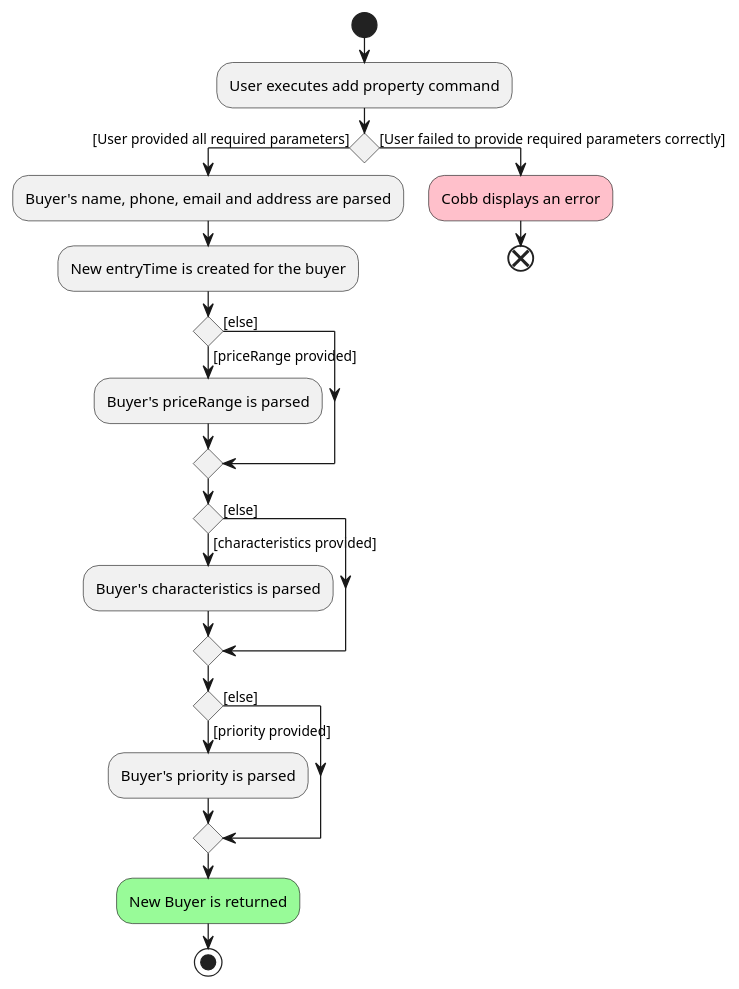
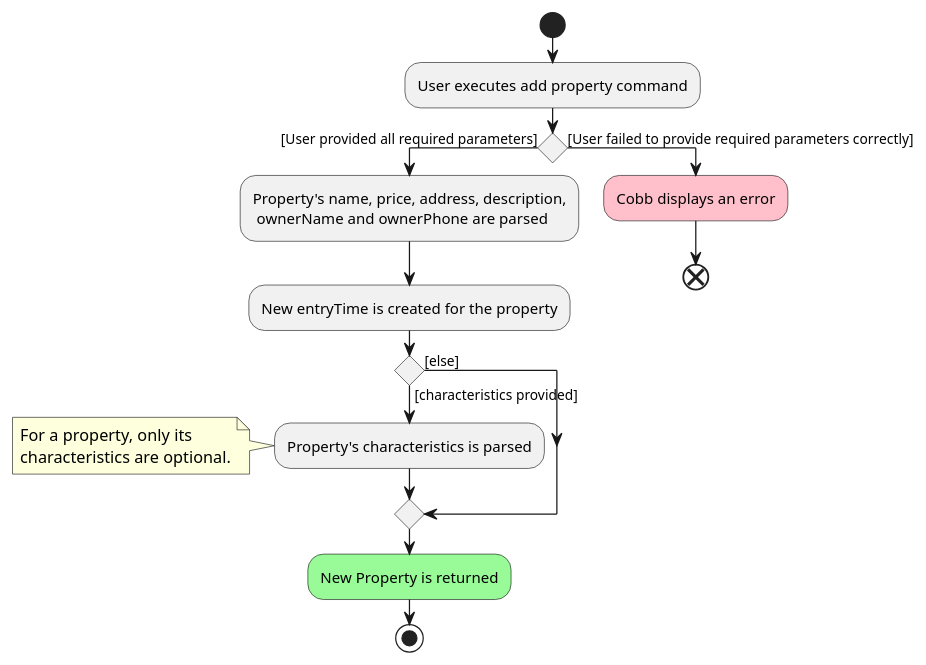
The diagram in docs/diagrams/AddPropertyActivityDiagram.puml (nus-cs2103-AY2223S1/tp), drawn with PlantUML before and after one commit. The commit also changed 2 other files, not shown here.

Commit message:
Update activity diagrams

```diff
--- a/docs/diagrams/AddPropertyActivityDiagram.puml
+++ b/docs/diagrams/AddPropertyActivityDiagram.puml
@@ -2,28 +2,24 @@
 @startuml
 start
 :User executes add property command;
 
 'Since the beta syntax does not support placing the condition outside the
 'diamond we place it as the true branch instead.
 
 if () then ([User provided all required parameters])
-:Buyer's name, phone, email and address are parsed;
-:New entryTime is created for the buyer;
-if () then ([priceRange provided])
-:Buyer's priceRange is parsed;
+:Property's name, price, address, description,\n ownerName and ownerPhone are parsed;
+:New entryTime is created for the property;
+if () then ([characteristics provided])
+:Property's characteristics is parsed;
+note left
+    For a property, only its
+    characteristics are optional.
+end note
 else([else])
 endif
-if () then ([characteristics provided])
-:Buyer's characteristics is parsed;
-else([else])
-endif
-if () then ([priority provided])
-:Buyer's priority is parsed;
-else([else])
-endif
-#palegreen:New Buyer is returned;
+#palegreen:New Property is returned;
 stop
 else([User failed to provide required parameters correctly])
 #pink:Cobb displays an error;
 end
 @enduml
```
